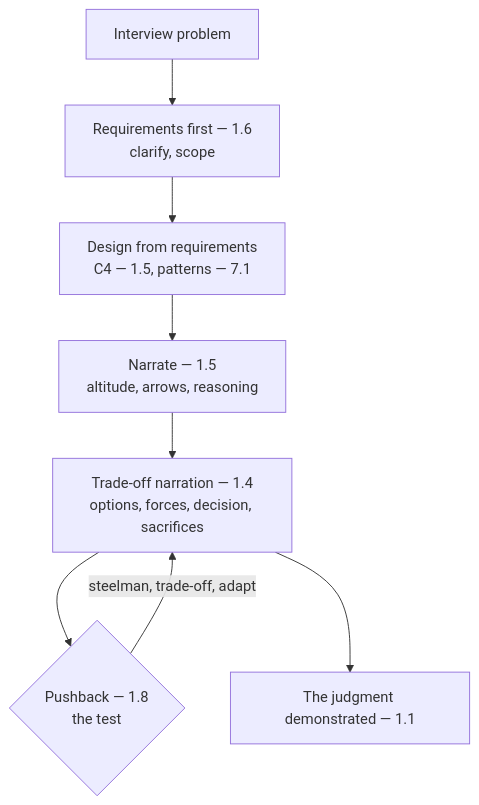
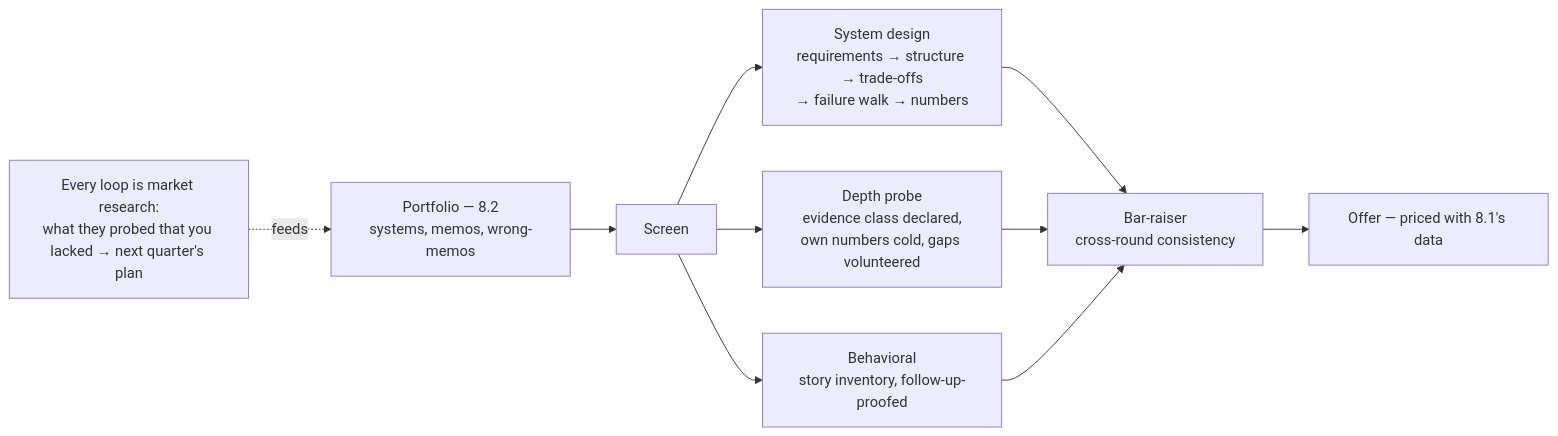
One commit to sivakrushna-works/GSAC changed the diagram in curriculum/part-8-professional-excellence/chapter-03-architecture-interviews.md. Above: the diagram before and after it, drawn with Mermaid. The commit also changed other lines of this file and 10 other files, not shown here.

````diff
--- a/curriculum/part-8-professional-excellence/chapter-03-architecture-interviews.md
+++ b/curriculum/part-8-professional-excellence/chapter-03-architecture-interviews.md
@@ -58,10 +76,10 @@
 ```mermaid
-flowchart TD
-    START[Interview problem] --> REQ[Requirements first — 1.6<br/>clarify, scope]
-    REQ --> DESIGN[Design from requirements<br/>C4 — 1.5, patterns — 7.1]
-    DESIGN --> NARRATE[Narrate — 1.5<br/>altitude, arrows, reasoning]
-    NARRATE --> TRADEOFF[Trade-off narration — 1.4<br/>options, forces, decision, sacrifices]
-    TRADEOFF --> PUSHBACK{Pushback — 1.8<br/>the test}
-    PUSHBACK -->|steelman, trade-off, adapt| TRADEOFF
-    TRADEOFF --> JUDGMENT[The judgment demonstrated — 1.1]
+flowchart LR
+    PORT[Portfolio — 8.2<br/>systems, memos, wrong-memos] --> SCREEN[Screen]
+    SCREEN --> SD[System design<br/>requirements → structure → trade-offs<br/>→ failure walk → numbers]
+    SCREEN --> DP[Depth probe<br/>evidence class declared,<br/>own numbers cold, gaps volunteered]
+    SCREEN --> BEH[Behavioral<br/>story inventory, follow-up-proofed]
+    SD & DP & BEH --> BAR[Bar-raiser<br/>cross-round consistency]
+    BAR --> OFFER[Offer — priced with 8.1's data]
+    LOOPBACK[Every loop is market research:<br/>what they probed that you lacked → next quarter's plan] -.feeds.-> PORT
 ```
````
